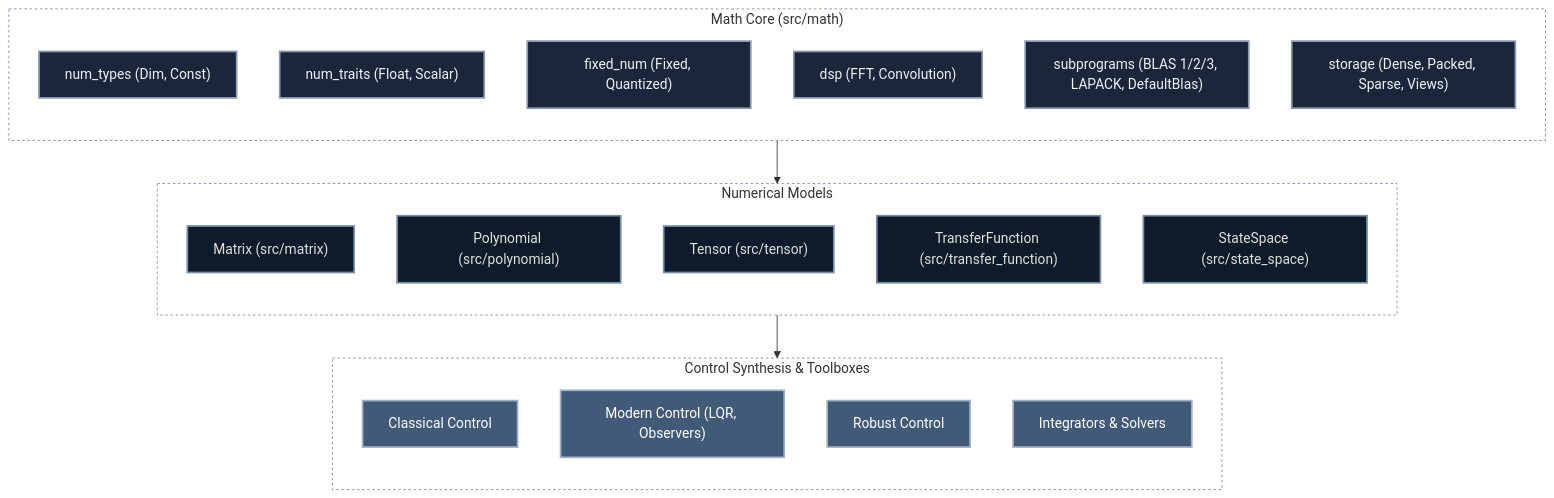
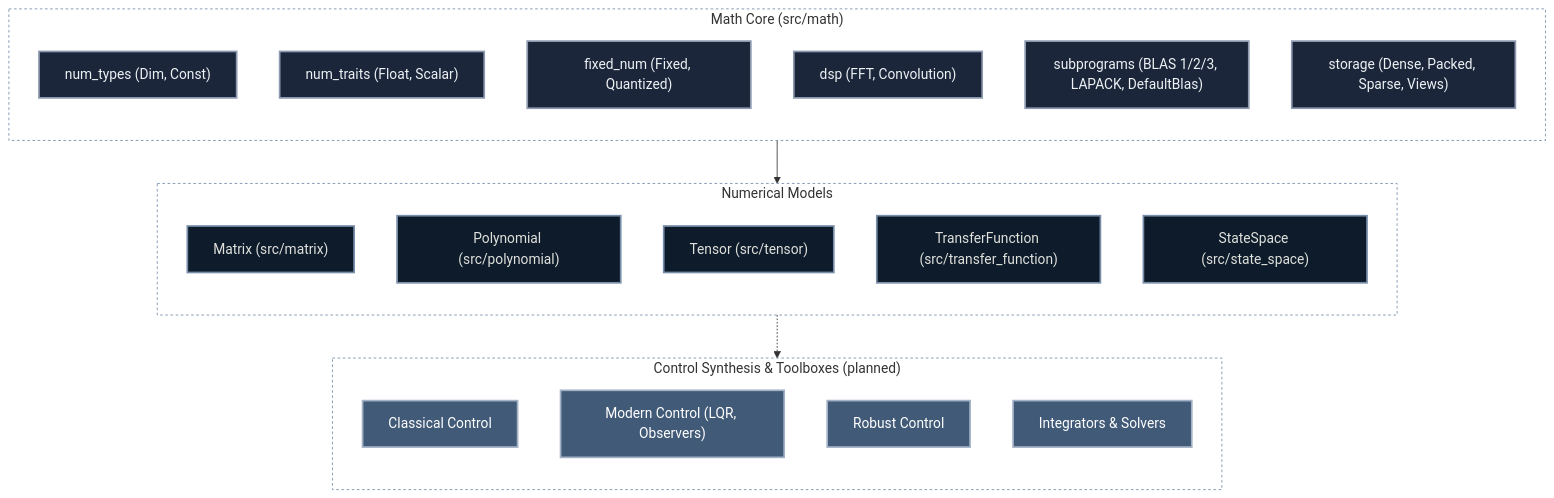
The diagram in README.md (Dyse-Industries/control-rs), drawn with Mermaid before and after one commit. The commit also changed other lines of this file and 130 other files, not shown here.

````diff
--- a/README.md
+++ b/README.md
@@ -25,42 +25,42 @@
 ```mermaid
 ---
 config:
   layout: dagre
 ---
 flowchart TB
     subgraph Math["Math Core (src/math)"]
         direction TB
         NumTypes["num_types (Dim, Const)"]:::external
         NumTraits["num_traits (Float, Scalar)"]:::external
         FixedNum["fixed_num (Fixed, Quantized)"]:::external
         DspCore["dsp (FFT, Convolution)"]:::external
         Subprograms["subprograms (BLAS 1/2/3, LAPACK, DefaultBlas)"]:::external
         Storage["storage (Dense, Packed, Sparse, Views)"]:::external
     end
 
     subgraph Models["Numerical Models"]
         direction TB
         Matrix["Matrix (src/matrix)"]:::core
         Polynomial["Polynomial (src/polynomial)"]:::core
         Tensor["Tensor (src/tensor)"]:::core
         TransferFunction["TransferFunction (src/transfer_function)"]:::core
         StateSpace["StateSpace (src/state_space)"]:::core
     end
 
-    subgraph Tools["Control Synthesis & Toolboxes"]
+    subgraph Tools["Control Synthesis & Toolboxes (planned)"]
         direction TB
         Classical["Classical Control"]:::tools
         Modern["Modern Control (LQR, Observers)"]:::tools
         Robust["Robust Control"]:::tools
         Integrators["Integrators & Solvers"]:::tools
     end
 
     Math --> Models
-    Models --> Tools
+    Models -.-> Tools
     classDef core fill: #0d1b2a, stroke: #778da9, stroke-width: 2px, color: #e0e1dd
     classDef external fill: #1b263b, stroke: #8d99ae, stroke-width: 2px, color: #edf2f4
     classDef tools fill: #415a77, stroke: #a3b1c6, stroke-width: 2px, color: #ffffff
     style Models fill: transparent, stroke: #778da9, stroke-width: 1px, stroke-dasharray: 3 3
     style Math fill: transparent, stroke: #778da9, stroke-width: 1px, stroke-dasharray: 3 3
     style Tools fill: transparent, stroke: #778da9, stroke-width: 1px, stroke-dasharray: 3 3
 ```
````
